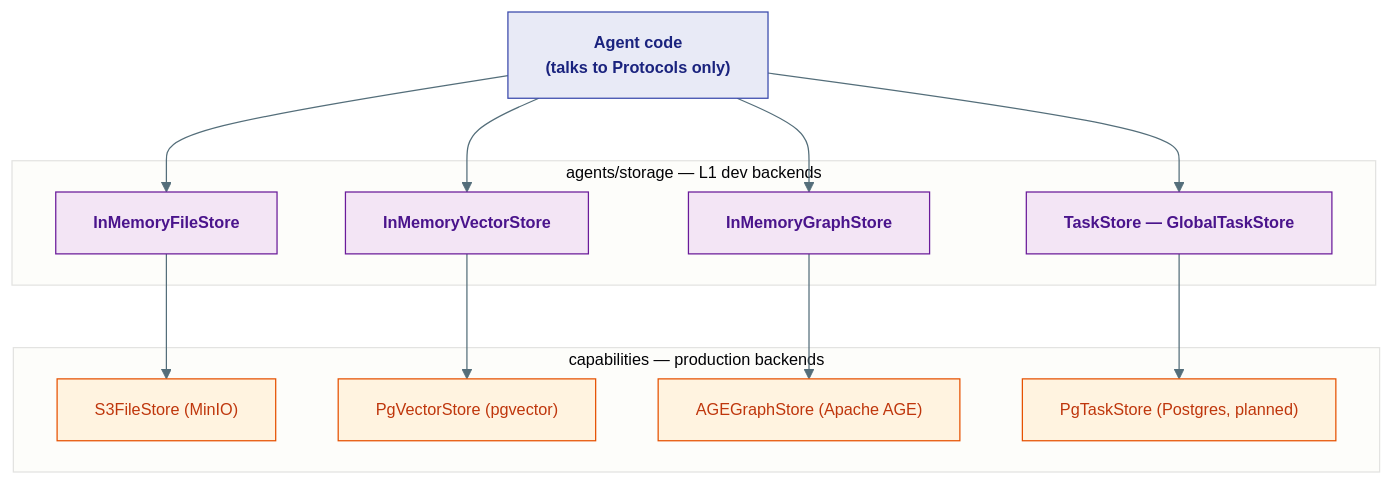
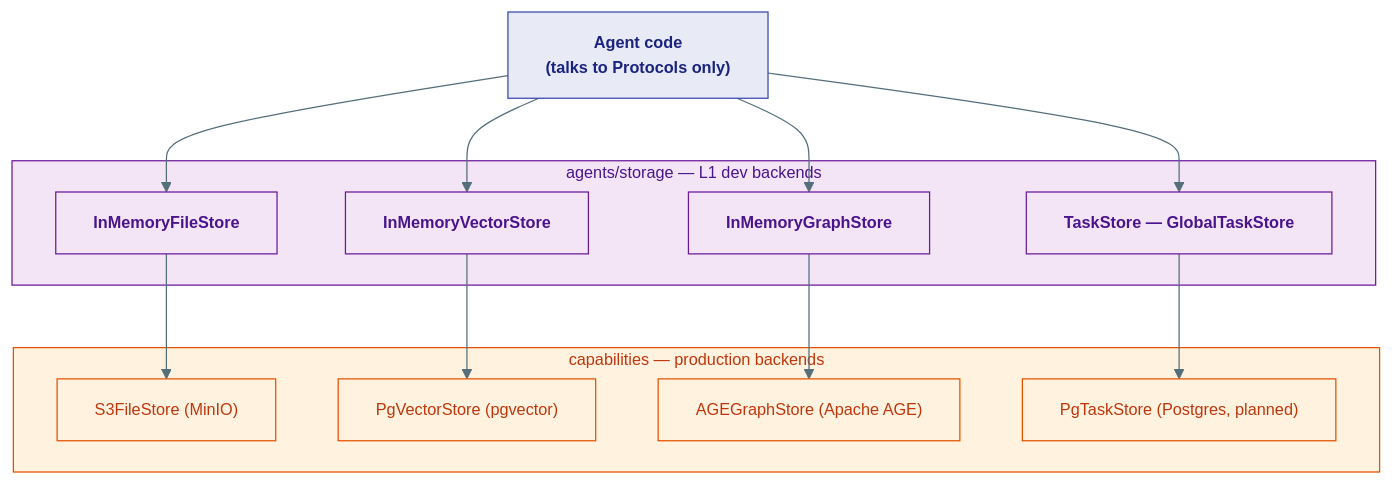
The fifth of 5 diagrams in agents/agent-substrate/docs/agents/03-context-and-memory.md (Ravikumarchavva/agent-substrate), drawn with Mermaid before and after one commit. The commit also changed 13 other files, not shown here.

Commit message:
style: enhance diagram aesthetics with color coding and improve Mermaid integration

````diff
--- a/agents/agent-substrate/docs/agents/03-context-and-memory.md
+++ b/agents/agent-substrate/docs/agents/03-context-and-memory.md
@@ -339,28 +339,31 @@
 ```mermaid
 %%{init: {'theme': 'base', 'themeVariables': {'primaryColor': '#E8EAF6','primaryTextColor': '#1A237E','primaryBorderColor': '#3949AB','lineColor': '#546E7A','fontSize': '13px'}}}%%
 flowchart TB
     classDef agent fill:#E8EAF6,stroke:#3949AB,color:#1A237E,font-weight:bold
     classDef store fill:#F3E5F5,stroke:#6A1B9A,color:#4A148C,font-weight:bold
     classDef external fill:#FFF3E0,stroke:#E65100,color:#BF360C
 
     AG["Agent code<br/>(talks to Protocols only)"]:::agent
 
     subgraph L1["agents/storage — L1 dev backends"]
         FS["InMemoryFileStore"]:::store
         VS["InMemoryVectorStore"]:::store
         GS["InMemoryGraphStore"]:::store
         TS["TaskStore — GlobalTaskStore"]:::store
     end
 
     subgraph L2["capabilities — production backends"]
         P1["S3FileStore (MinIO)"]:::external
         P2["PgVectorStore (pgvector)"]:::external
         P3["AGEGraphStore (Apache AGE)"]:::external
         P4["PgTaskStore (Postgres, planned)"]:::external
     end
 
+    style L1 fill:#f3e5f5,stroke:#6a1b9a,color:#4a148c
+    style L2 fill:#fff3e0,stroke:#e65100,color:#bf360c
+
     AG --> FS --> P1
     AG --> VS --> P2
     AG --> GS --> P3
     AG --> TS --> P4
 ```
````
